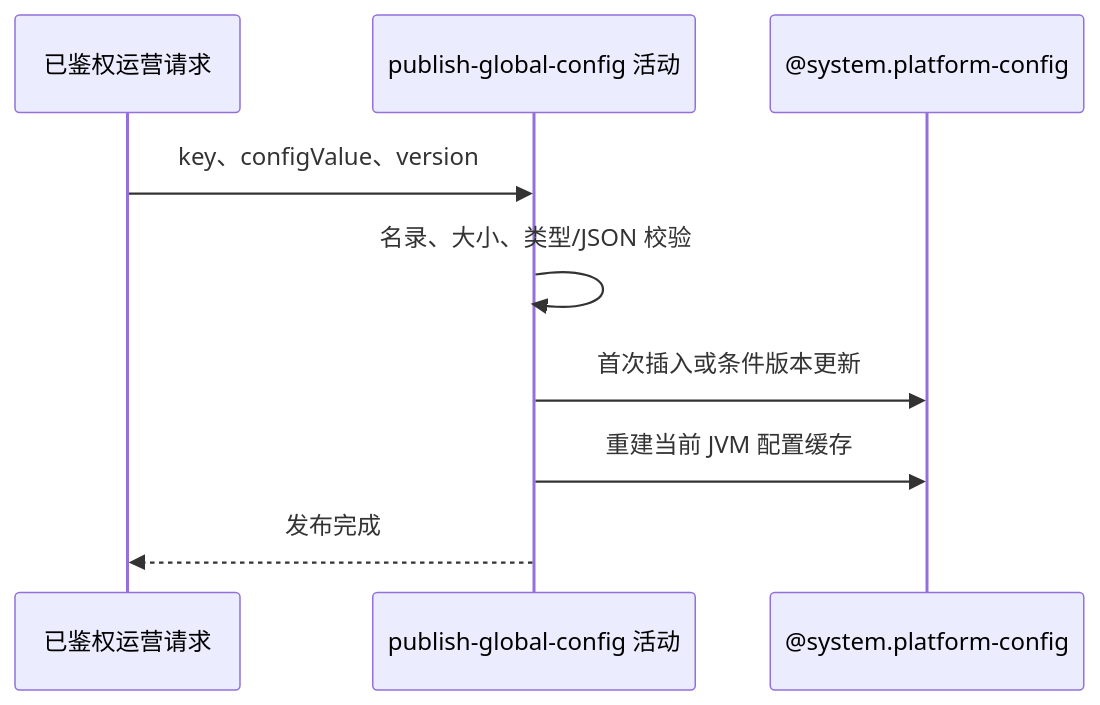
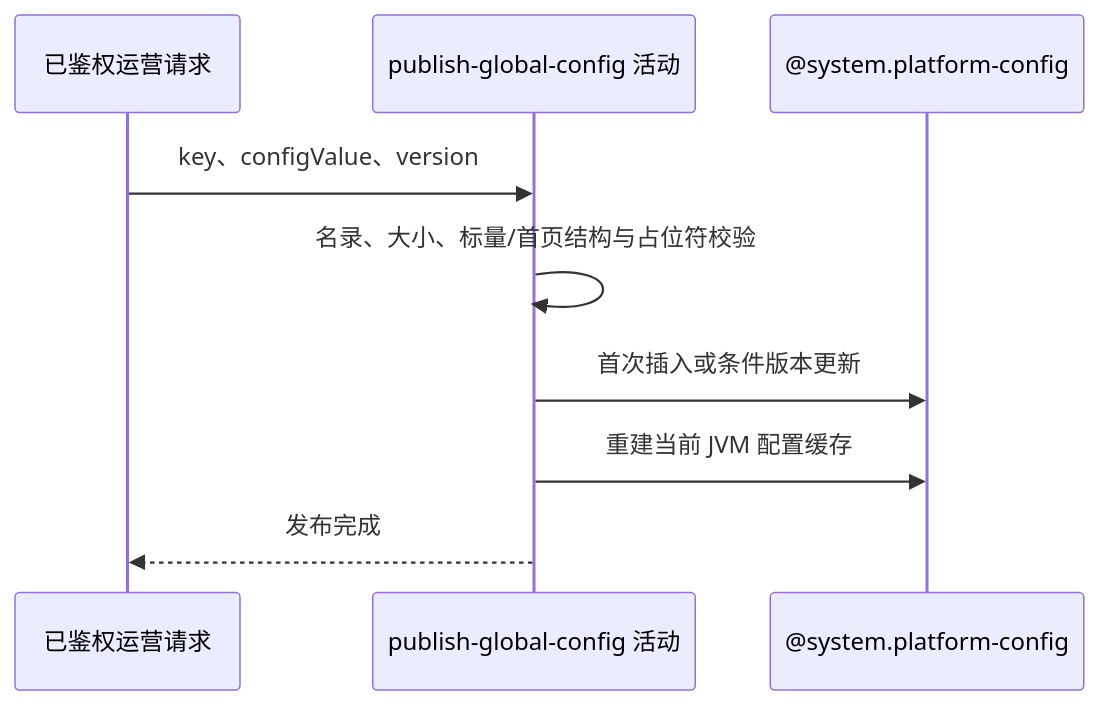
Before and after one commit to chxt100016/Rally: the diagram in blueprint/spec/platform-config/global-config-update/publish-global-config/activity.md, drawn with Mermaid. The commit also changed other lines of this file and 53 other files, not shown here.

````diff
--- a/blueprint/spec/platform-config/global-config-update/publish-global-config/activity.md
+++ b/blueprint/spec/platform-config/global-config-update/publish-global-config/activity.md
@@ -13,11 +13,11 @@
 ```mermaid
 sequenceDiagram
     participant C as 已鉴权运营请求
     participant A as publish-global-config 活动
     participant P as @system.platform-config
     C->>A: key、configValue、version
-    A->>A: 名录、大小、类型/JSON 校验
+    A->>A: 名录、大小、标量/首页结构与占位符校验
     A->>P: 首次插入或条件版本更新
     A->>P: 重建当前 JVM 配置缓存
     A-->>C: 发布完成
 ```
````
